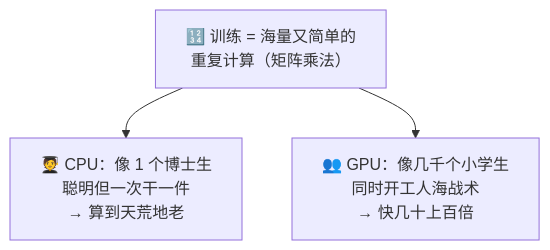
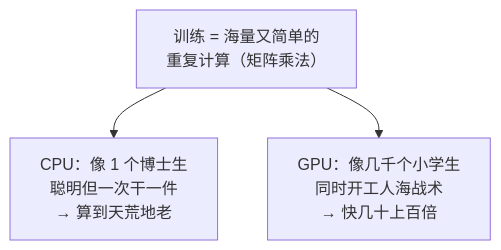
One commit to luckykhy/KhyAiHub changed the fourth of 7 diagrams in docs/02_CONCEPTS_概念入门/CONCEPT/[CONCEPT-15] 什么是PyTorch-深度学习框架.md. Above: the diagram before and after it, drawn with Mermaid. The commit also changed other lines of this file and 19 other files, not shown here.

````diff
--- a/docs/02_CONCEPTS_概念入门/CONCEPT/[CONCEPT-15] 什么是PyTorch-深度学习框架.md
+++ b/docs/02_CONCEPTS_概念入门/CONCEPT/[CONCEPT-15] 什么是PyTorch-深度学习框架.md
@@ -143,6 +143,6 @@
 ```mermaid
 flowchart TB
-  TASK["🔢 训练 = 海量又简单的<br/>重复计算（矩阵乘法）"]
-  TASK --> CPU["🧑‍🎓 CPU：像 1 个博士生<br/>聪明但一次干一件<br/>→ 算到天荒地老"]
-  TASK --> GPU["👥 GPU：像几千个小学生<br/>同时开工人海战术<br/>→ 快几十上百倍"]
+  TASK["训练 = 海量又简单的<br/>重复计算（矩阵乘法）"]
+  TASK --> CPU["CPU：像 1 个博士生<br/>聪明但一次干一件<br/>→ 算到天荒地老"]
+  TASK --> GPU["GPU：像几千个小学生<br/>同时开工人海战术<br/>→ 快几十上百倍"]
 ```
````
